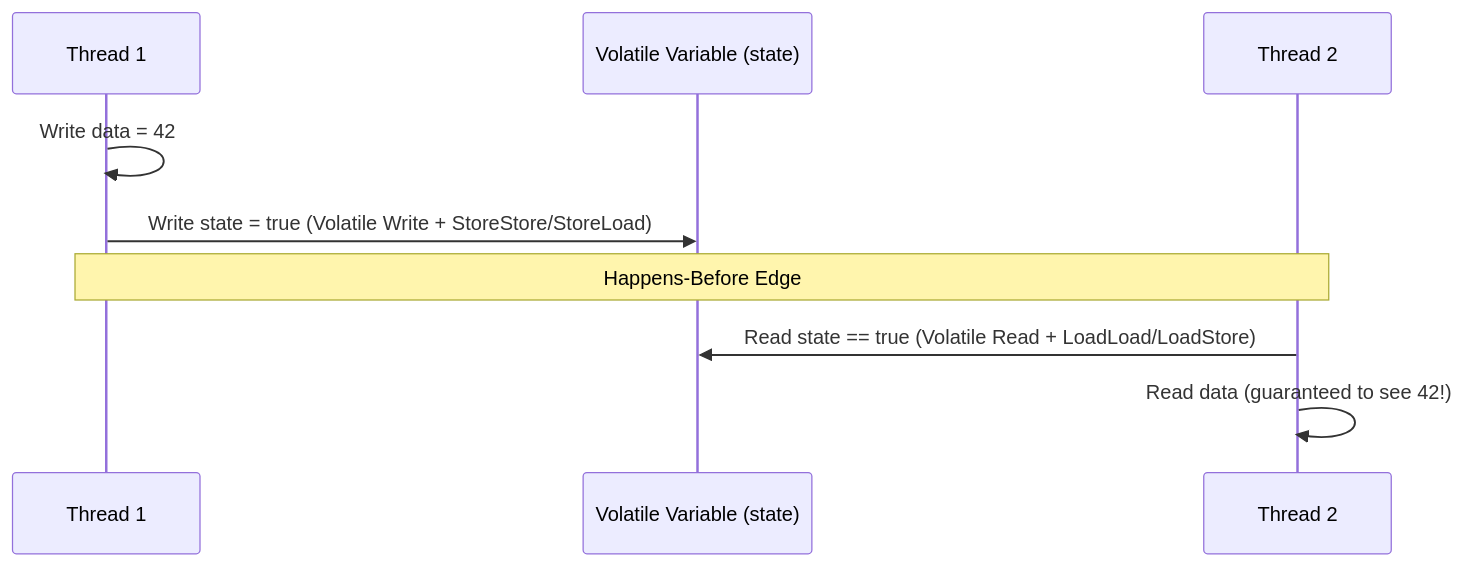
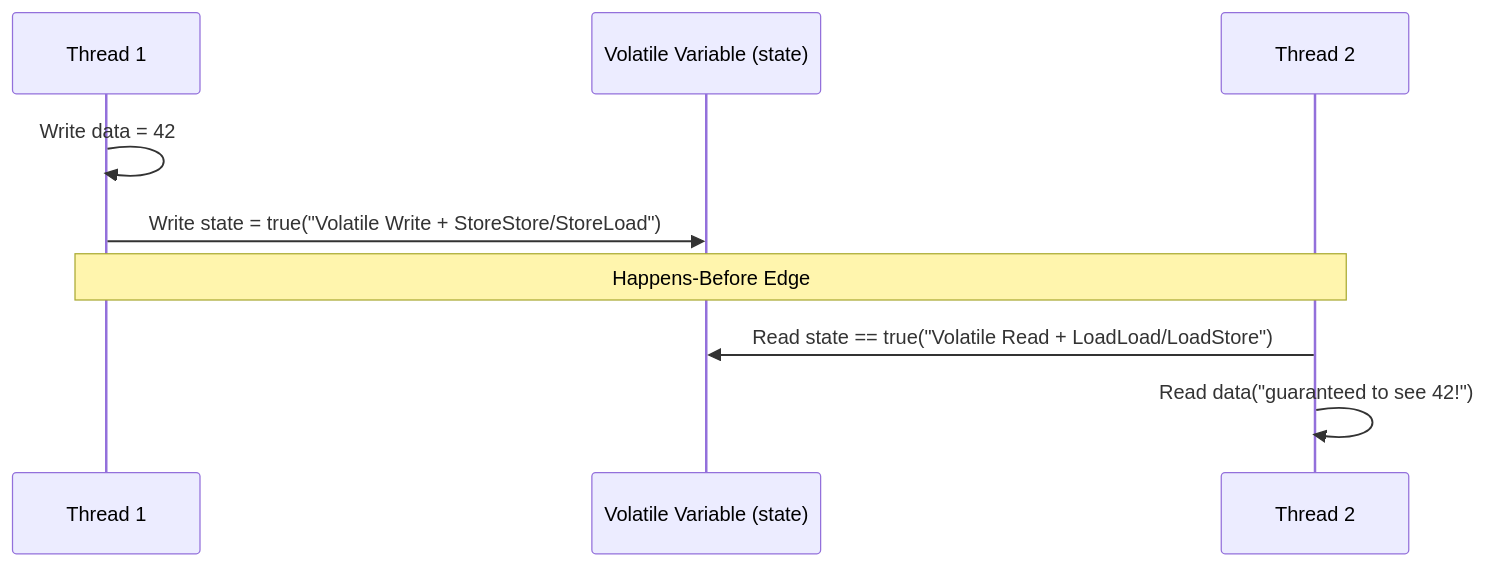
The diagram in content/questions/language/java/java-memory-model-deep-dive.md (pploc/swe-icon-the-moment), drawn with Mermaid before and after one commit. The commit also changed 167 other files, not shown here.

````diff
--- a/content/questions/language/java/java-memory-model-deep-dive.md
+++ b/content/questions/language/java/java-memory-model-deep-dive.md
@@ -32,11 +32,12 @@
 ```mermaid
 sequenceDiagram
     participant Thread1 as Thread 1
     participant VolatileVar as Volatile Variable (state)
     participant Thread2 as Thread 2
     Thread1->>Thread1: Write data = 42
-    Thread1->>VolatileVar: Write state = true (Volatile Write + StoreStore/StoreLoad)
+    Thread1->>VolatileVar: Write state = true("Volatile Write + StoreStore/StoreLoad")
     Note over Thread1,Thread2: Happens-Before Edge
-    Thread2->>VolatileVar: Read state == true (Volatile Read + LoadLoad/LoadStore)
-    Thread2->>Thread2: Read data (guaranteed to see 42!)
+    Thread2->>VolatileVar: Read state == true("Volatile Read + LoadLoad/LoadStore")
+    Thread2->>Thread2: Read data("guaranteed to see 42!")
+
 ```
````
